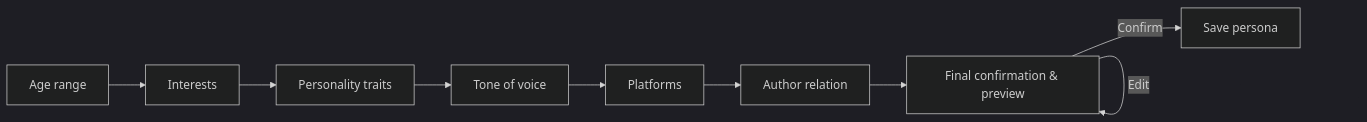
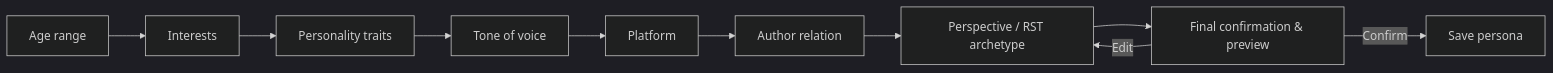
One commit to ChurzeXo/kevlar-4u changed the second of 3 diagrams in README.md. Above: the diagram before and after it, drawn with Mermaid (dark theme). The commit also changed other lines of this file and 15 other files, not shown here.

````diff
--- a/README.md
+++ b/README.md
@@ -130,11 +129,12 @@
 ```mermaid
 flowchart LR
   A["Age range"] --> B["Interests"]
   B --> C["Personality traits"]
   C --> D["Tone of voice"]
-  D --> E["Platforms"]
+  D --> E["Platform"]
   E --> F["Author relation"]
-  F --> G["Final confirmation & preview"]
-  G -->|Confirm| H["Save persona"]
-  G -->|Edit| G
+  F --> G["Perspective / RST archetype"]
+  G --> H["Final confirmation & preview"]
+  H -->|Confirm| I["Save persona"]
+  H -->|Edit| G
 ```
````
